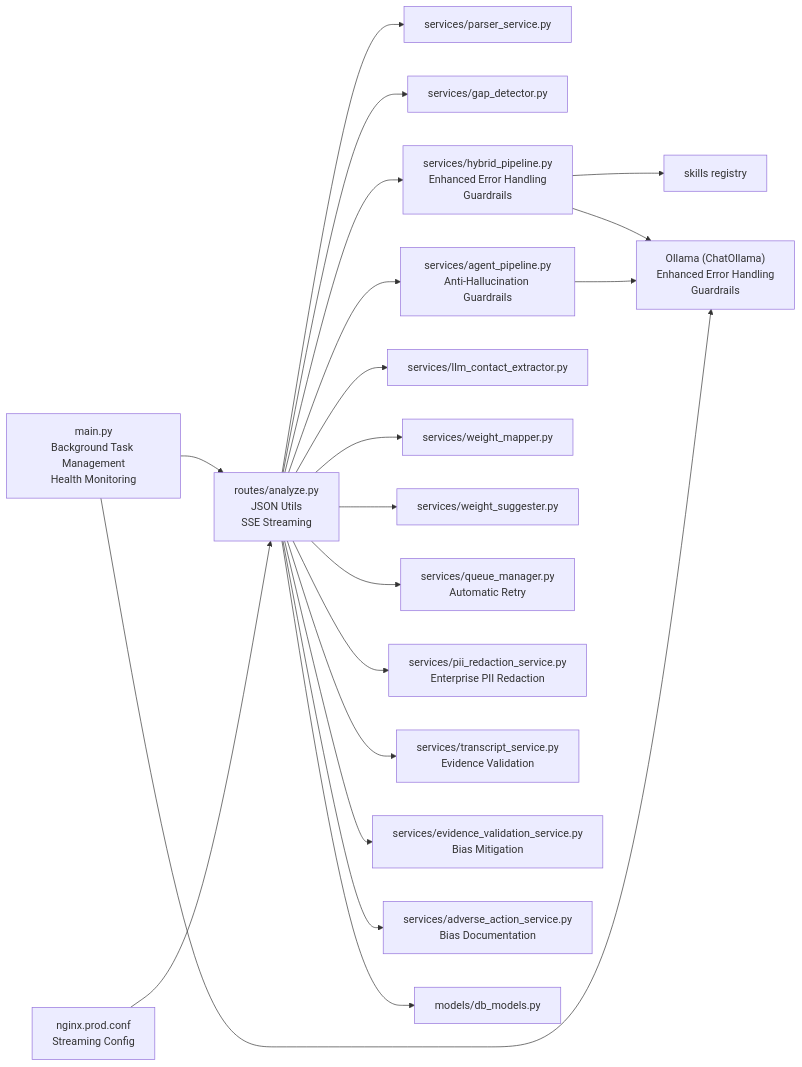
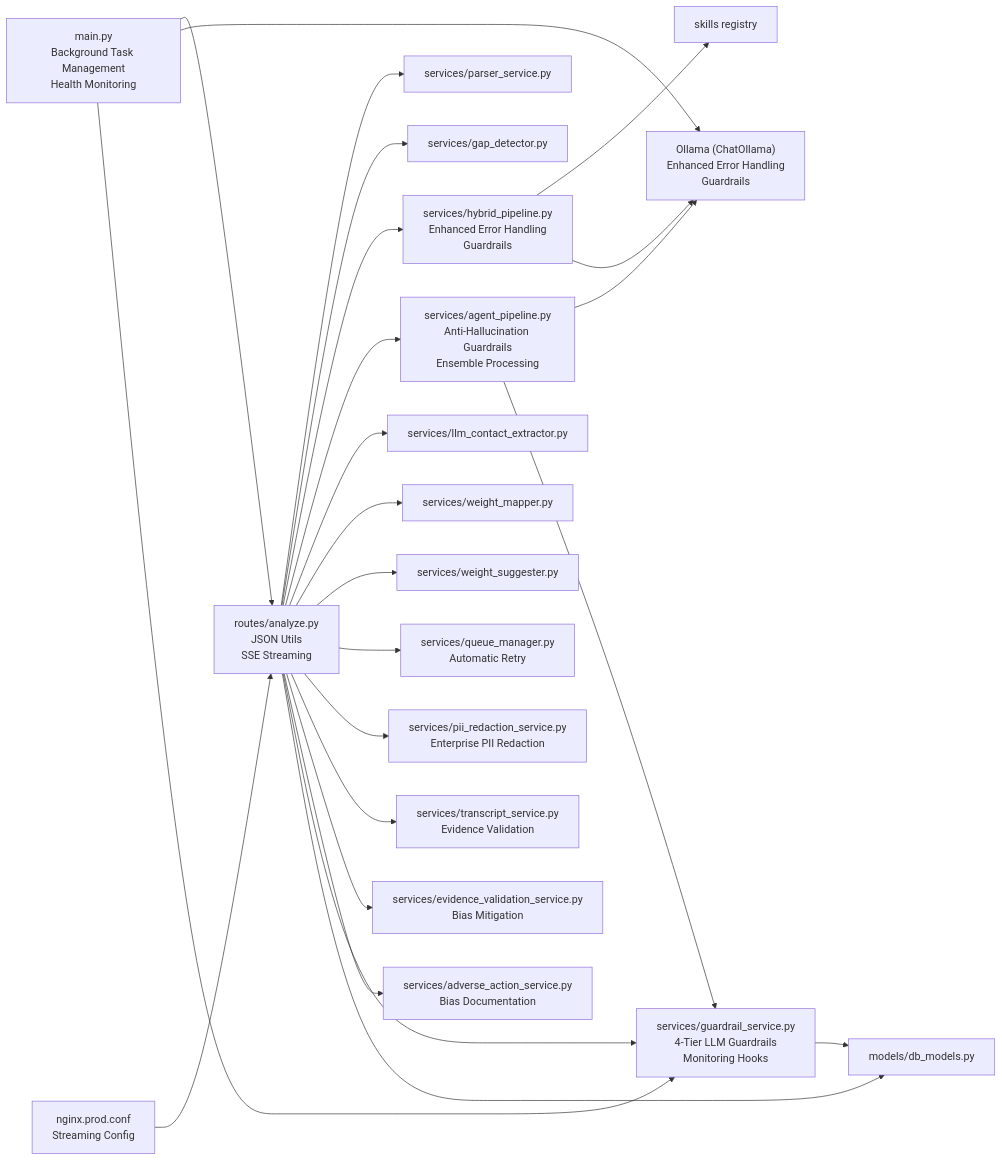
Before and after one commit to Revanththetalogics/aireume: diagram 29 of 29 in .qoder/repowiki/en/content/Analysis Engine/Analysis Engine.md, drawn with Mermaid. The commit also changed other lines of this file and 21 other files, not shown here.

````diff
--- a/.qoder/repowiki/en/content/Analysis Engine/Analysis Engine.md
+++ b/.qoder/repowiki/en/content/Analysis Engine/Analysis Engine.md
@@ -1305,22 +1541,26 @@
 ```mermaid
 graph LR
 Route["routes/analyze.py<br/>JSON Utils<br/>SSE Streaming"] --> Parser["services/parser_service.py"]
 Route --> Gap["services/gap_detector.py"]
 Route --> Hybrid["services/hybrid_pipeline.py<br/>Enhanced Error Handling<br/>Guardrails"]
-Route --> Agent["services/agent_pipeline.py<br/>Anti-Hallucination Guardrails"]
+Route --> Agent["services/agent_pipeline.py<br/>Anti-Hallucination Guardrails<br/>Ensemble Processing"]
 Route --> Contact["services/llm_contact_extractor.py"]
 Route --> WeightMapper["services/weight_mapper.py"]
 Route --> WeightSuggester["services/weight_suggester.py"]
 Route --> QueueManager["services/queue_manager.py<br/>Automatic Retry"]
 Route --> PII["services/pii_redaction_service.py<br/>Enterprise PII Redaction"]
 Route --> Transcript["services/transcript_service.py<br/>Evidence Validation"]
 Route --> Evidence["services/evidence_validation_service.py<br/>Bias Mitigation"]
 Route --> Adverse["services/adverse_action_service.py<br/>Bias Documentation"]
+Route --> Guardrail["services/guardrail_service.py<br/>4-Tier LLM Guardrails<br/>Monitoring Hooks"]
 Hybrid --> Skills["skills registry"]
 Hybrid --> Ollama["Ollama (ChatOllama)<br/>Enhanced Error Handling<br/>Guardrails"]
 Agent --> Ollama
-Route --> Models["models/db_models.py"]
+Agent --> Guardrail
+Guardrail --> Models["models/db_models.py"]
+Route --> Models
 Main["main.py<br/>Background Task Management<br/>Health Monitoring"] --> Route
 Main --> Ollama
+Main --> Guardrail
 Nginx["nginx.prod.conf<br/>Streaming Config"] --> Route
 ```
````
